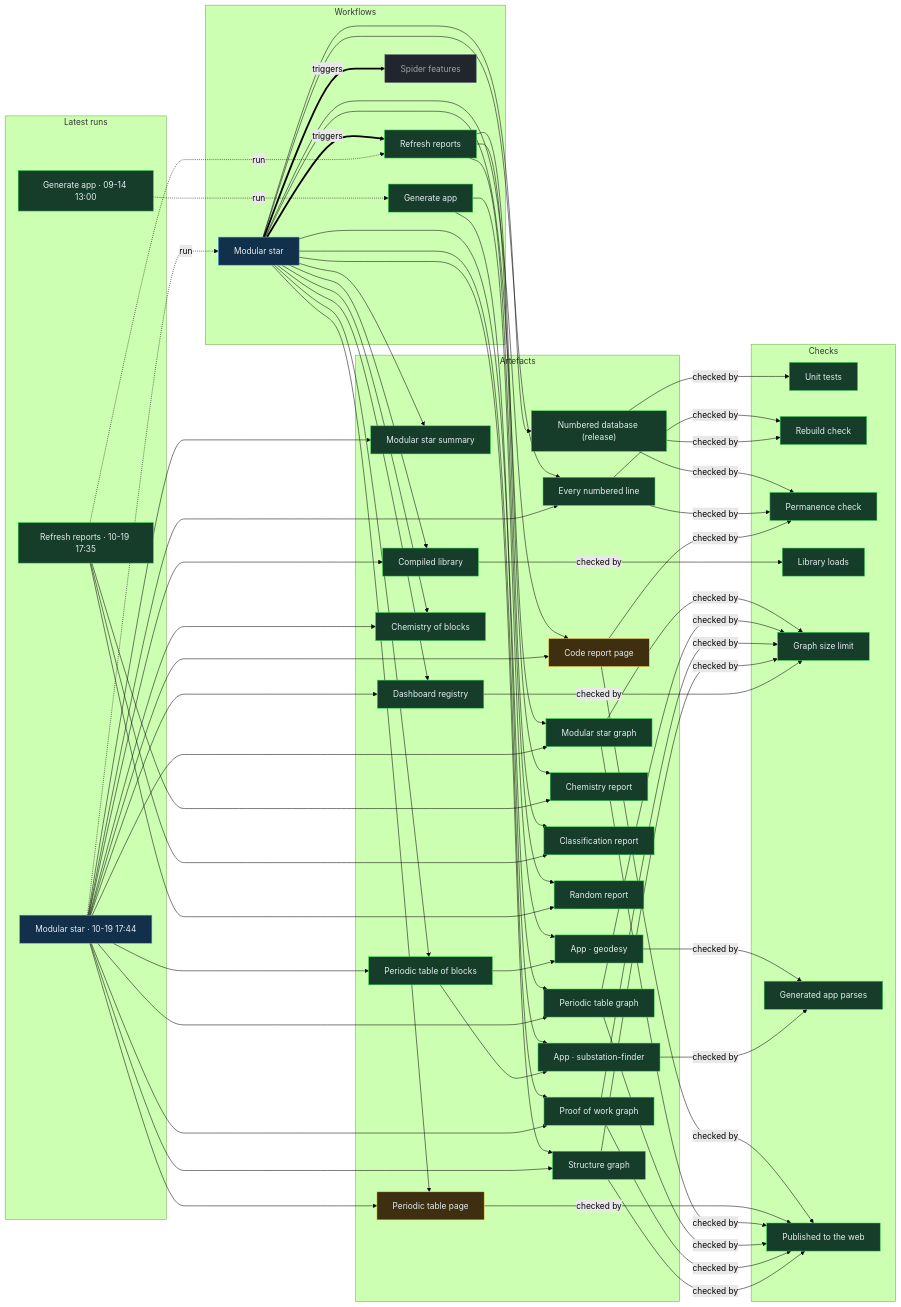
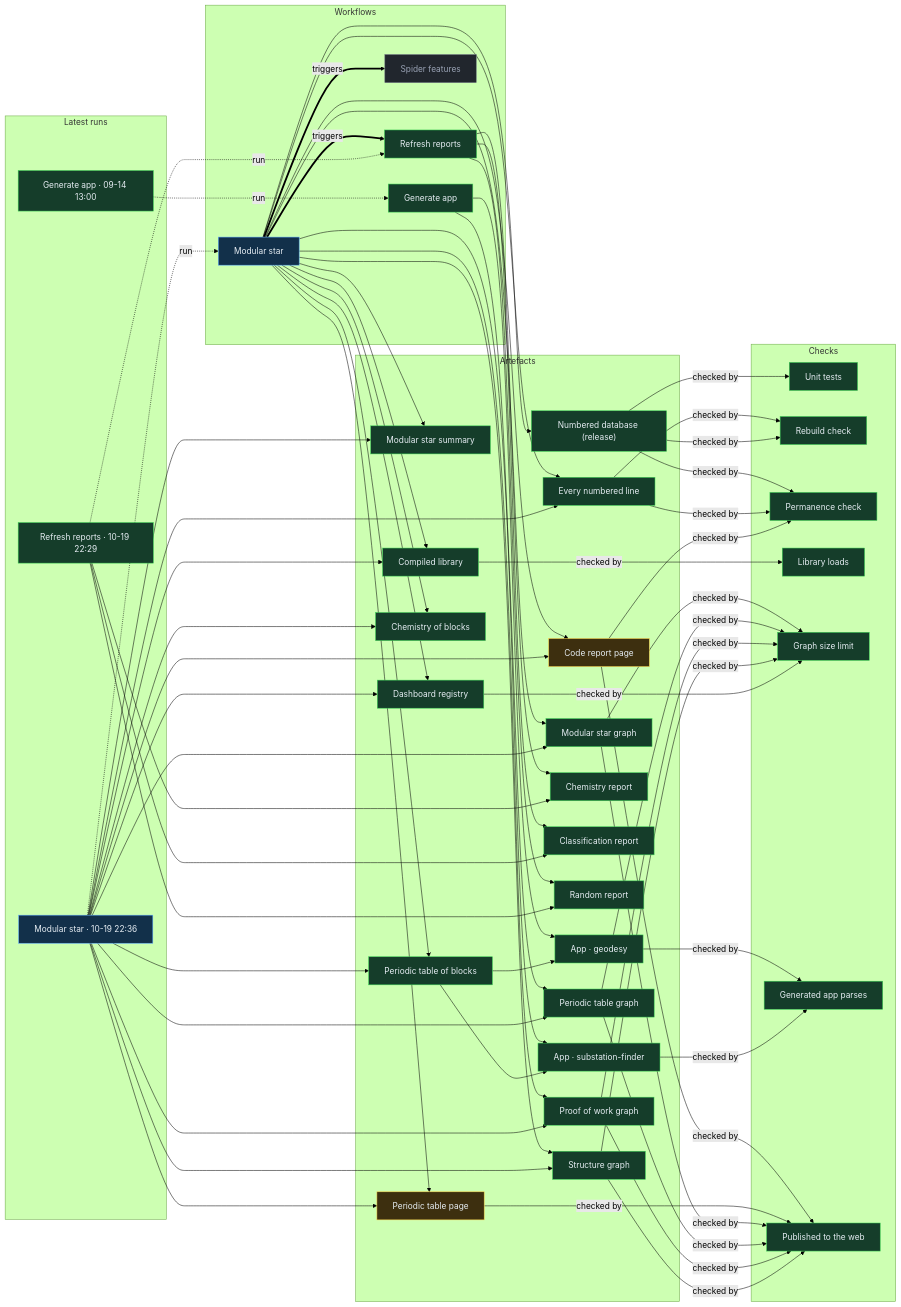
Before and after one commit to Ventusltd/stars: the diagram in proof/PROOF.md, drawn with Mermaid (forest theme). The commit also changed other lines of this file and 44 other files, not shown here.

Commit message:
Modular star 2026-10-19T22:38Z

```diff
--- a/proof/PROOF.md
+++ b/proof/PROOF.md
@@ -24,8 +24,8 @@
   n_wf_spider_features["Spider features"]:::off
   end
   subgraph g_runs["Latest runs"]
-  n_run_39296714290["Modular star · 10-19 17:44"]:::live
-  n_run_39295448842["Refresh reports · 10-19 17:35"]:::ok
+  n_run_39336165246["Modular star · 10-19 22:36"]:::live
+  n_run_39335373658["Refresh reports · 10-19 22:29"]:::ok
   n_run_34846587798["Generate app · 09-14 13:00"]:::ok
   end
   subgraph g_artefacts["Artefacts"]
@@ -59,39 +59,39 @@
   end
   n_wf_modular_star == triggers ==> n_wf_refresh
   n_wf_modular_star == triggers ==> n_wf_spider_features
-  n_run_39296714290 -. run .-> n_wf_modular_star
-  n_run_39295448842 -. run .-> n_wf_refresh
+  n_run_39336165246 -. run .-> n_wf_modular_star
+  n_run_39335373658 -. run .-> n_wf_refresh
   n_run_34846587798 -. run .-> n_wf_generate
   n_wf_modular_star --> n_art_summary
-  n_run_39296714290 --> n_art_summary
+  n_run_39336165246 --> n_art_summary
   n_wf_modular_star --> n_art_lines
-  n_run_39296714290 --> n_art_lines
+  n_run_39336165246 --> n_art_lines
   n_wf_modular_star --> n_art_code
-  n_run_39296714290 --> n_art_code
+  n_run_39336165246 --> n_art_code
   n_wf_modular_star --> n_art_modular_graph
-  n_run_39296714290 --> n_art_modular_graph
+  n_run_39336165246 --> n_art_modular_graph
   n_wf_modular_star --> n_art_blocks
-  n_run_39296714290 --> n_art_blocks
+  n_run_39336165246 --> n_art_blocks
   n_wf_modular_star --> n_art_table
-  n_run_39296714290 --> n_art_table
+  n_run_39336165246 --> n_art_table
   n_wf_modular_star --> n_art_blocks_graph
-  n_run_39296714290 --> n_art_blocks_graph
+  n_run_39336165246 --> n_art_blocks_graph
   n_wf_modular_star --> n_art_reactions
-  n_run_39296714290 --> n_art_reactions
+  n_run_39336165246 --> n_art_reactions
   n_wf_modular_star --> n_art_library
-  n_run_39296714290 --> n_art_library
+  n_run_39336165246 --> n_art_library
   n_wf_modular_star --> n_art_features
-  n_run_39296714290 --> n_art_features
+  n_run_39336165246 --> n_art_features
   n_wf_modular_star --> n_art_proof
-  n_run_39296714290 --> n_art_proof
+  n_run_39336165246 --> n_art_proof
   n_wf_modular_star --> n_art_structure
-  n_run_39296714290 --> n_art_structure
+  n_run_39336165246 --> n_art_structure
   n_wf_refresh --> n_art_chemistry
-  n_run_39295448842 --> n_art_chemistry
+  n_run_39335373658 --> n_art_chemistry
   n_wf_refresh --> n_art_vedic
-  n_run_39295448842 --> n_art_vedic
+  n_run_39335373658 --> n_art_vedic
   n_wf_refresh --> n_art_random
-  n_run_39295448842 --> n_art_random
+  n_run_39335373658 --> n_art_random
   n_wf_modular_star --> n_art_release
   n_wf_generate --> n_app_geodesy
   n_art_blocks --> n_app_geodesy
```
